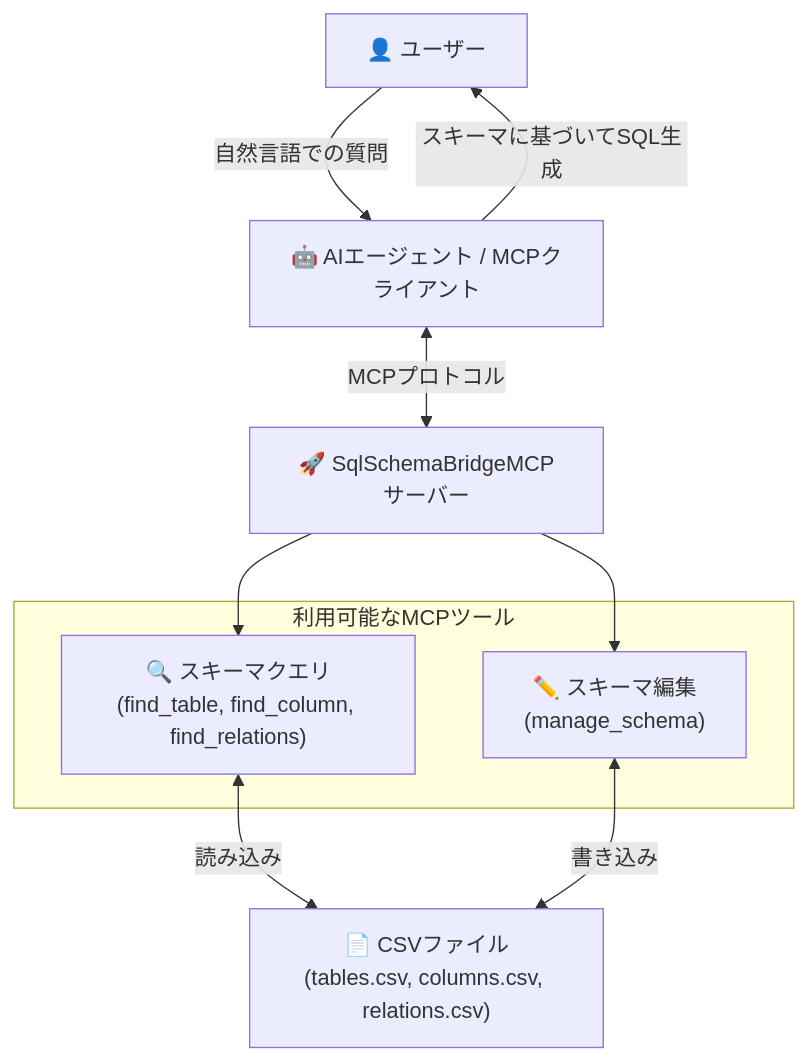
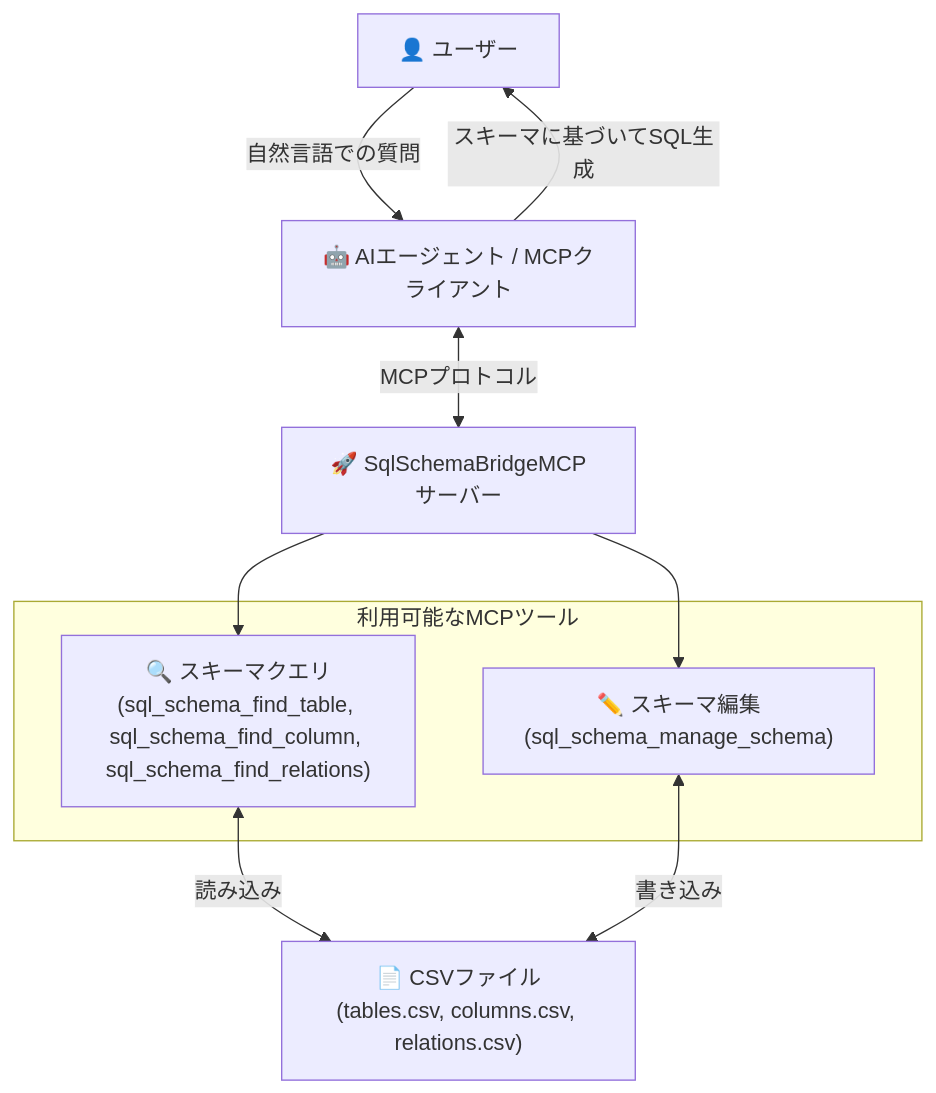
Before and after one commit to yt3trees/SqlSchemaBridgeMCP: the first of 2 diagrams in README.ja.md, drawn with Mermaid. The commit also changed other lines of this file and 6 other files, not shown here.

Commit message:
feat: Add sql_schema_ prefix to all tool names for uniqueness

````diff
--- a/README.ja.md
+++ b/README.ja.md
@@ -8,21 +8,21 @@
 ```mermaid
 graph TB
     User["👤 ユーザー"]
     Agent["🤖 AIエージェント / MCPクライアント"]
     Server["🚀 SqlSchemaBridgeMCPサーバー"]
     CSVFiles["📄 CSVファイル<br/>(tables.csv, columns.csv, relations.csv)"]
 
     subgraph "利用可能なMCPツール"
-        QueryTools["🔍 スキーマクエリ<br/>(find_table, find_column, find_relations)"]
-        EditTools["✏️ スキーマ編集<br/>(manage_schema)"]
+        QueryTools["🔍 スキーマクエリ<br/>(sql_schema_find_table, sql_schema_find_column, sql_schema_find_relations)"]
+        EditTools["✏️ スキーマ編集<br/>(sql_schema_manage_schema)"]
     end
 
     %% メインフロー
     User -->|"自然言語での質問"| Agent
     Agent <-->|"MCPプロトコル"| Server
     Server --> QueryTools
     Server --> EditTools
     QueryTools <-->|"読み込み"| CSVFiles
     EditTools <-->|"書き込み"| CSVFiles
     Agent -->|"スキーマに基づいてSQL生成"| User
 ```
````
